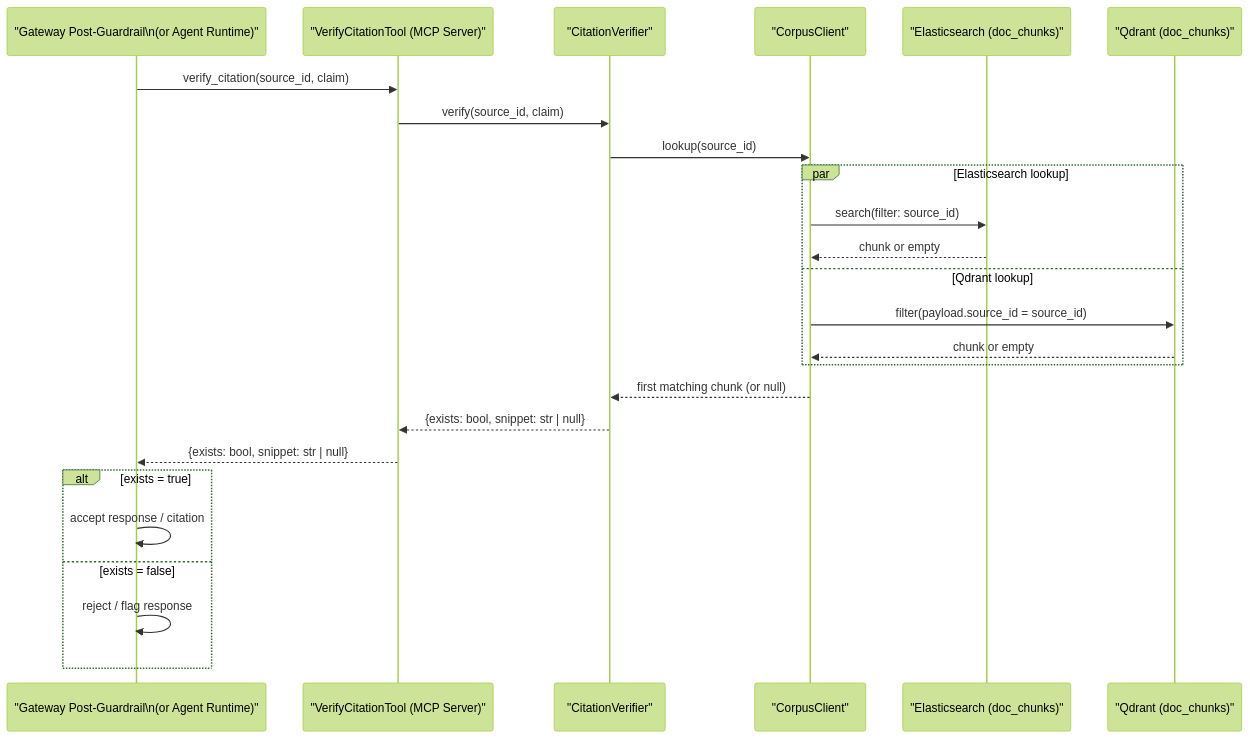
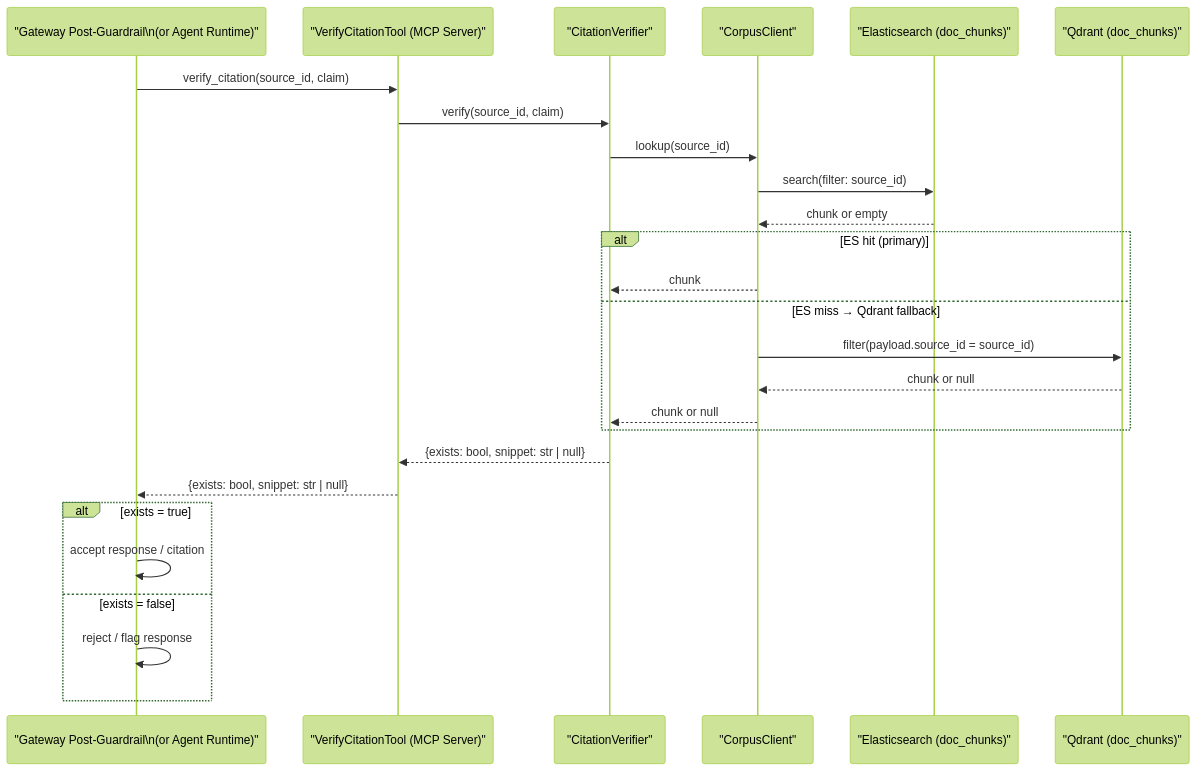
One commit to bragabruno/atlas-mcp-citations changed the diagram in docs/diagrams/seq-verify-citation.md. Above: the diagram before and after it, drawn with Mermaid (forest theme).

Commit message:
doc verify citation

````diff
--- a/docs/diagrams/seq-verify-citation.md
+++ b/docs/diagrams/seq-verify-citation.md
@@ -5,31 +5,31 @@
 ```mermaid
 sequenceDiagram
     participant PostGuardrail as "Gateway Post-Guardrail\n(or Agent Runtime)"
     participant Server as "VerifyCitationTool (MCP Server)"
     participant Verifier as "CitationVerifier"
     participant Corpus as "CorpusClient"
     participant ES as "Elasticsearch (doc_chunks)"
     participant Qdrant as "Qdrant (doc_chunks)"
 
     PostGuardrail->>Server: verify_citation(source_id, claim)
     Server->>Verifier: verify(source_id, claim)
     Verifier->>Corpus: lookup(source_id)
 
-    par Elasticsearch lookup
-        Corpus->>ES: search(filter: source_id)
-        ES-->>Corpus: chunk or empty
-    and Qdrant lookup
+    Corpus->>ES: search(filter: source_id)
+    ES-->>Corpus: chunk or empty
+    alt ES hit (primary)
+        Corpus-->>Verifier: chunk
+    else ES miss → Qdrant fallback
         Corpus->>Qdrant: filter(payload.source_id = source_id)
-        Qdrant-->>Corpus: chunk or empty
+        Qdrant-->>Corpus: chunk or null
+        Corpus-->>Verifier: chunk or null
     end
-
-    Corpus-->>Verifier: first matching chunk (or null)
     Verifier-->>Server: {exists: bool, snippet: str | null}
     Server-->>PostGuardrail: {exists: bool, snippet: str | null}
 
     alt exists = true
         PostGuardrail->>PostGuardrail: accept response / citation
     else exists = false
         PostGuardrail->>PostGuardrail: reject / flag response
     end
 ```
````
